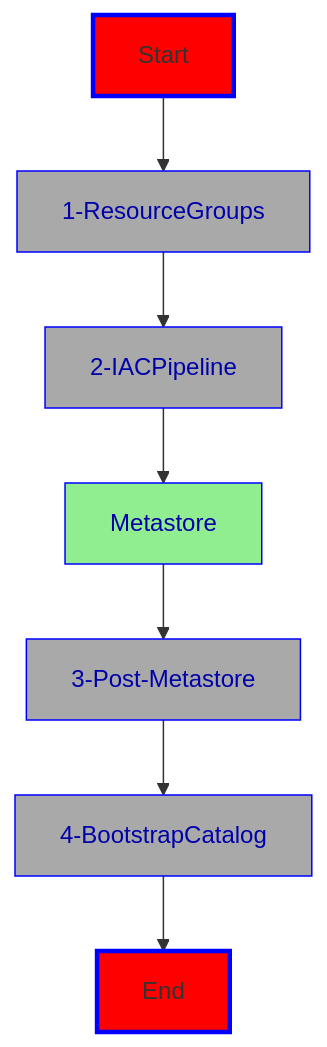
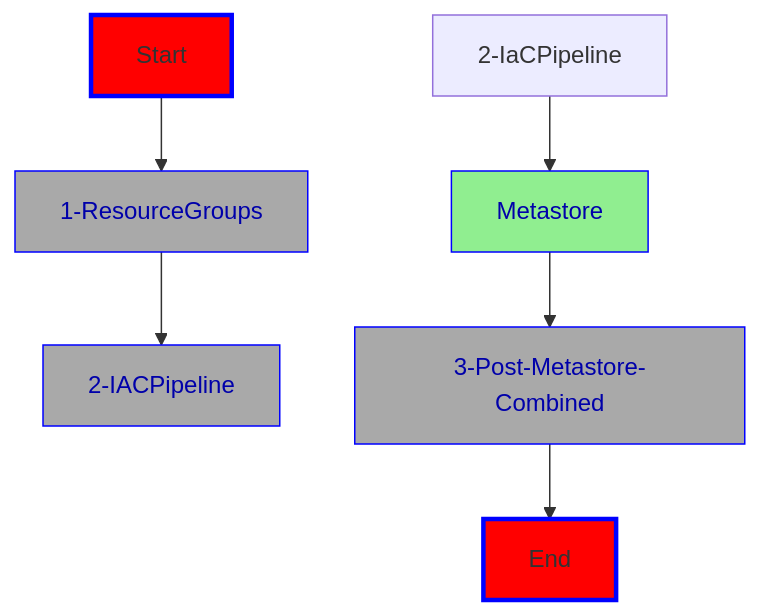
Before and after one commit to Azure/Databricks360: the diagram in iac-adb-360/README.md, drawn with Mermaid. The commit also changed other lines of this file and 1 other file, not shown here.

````diff
--- a/iac-adb-360/README.md
+++ b/iac-adb-360/README.md
@@ -74,17 +80,15 @@
 ```mermaid
 flowchart TD
 Start --> 1-ResourceGroups
 style Start fill:red,stroke:blue,stroke-width:3px,shadow:shadow
 1-ResourceGroups --> 2-IACPipeline
 style 1-ResourceGroups fill:darkgray,stroke:blue,stroke-witdth:3px,shadow:shadow,color:#0000aa
-2-IACPipeline --> Metastore
+2-IaCPipeline --> Metastore
 style 2-IACPipeline fill:darkgray,stroke:blue,stroke-witdth:3px,shadow:shadow,color:#0000aa
-Metastore --> 3-Post-Metastore
+Metastore --> 3-Post-Metastore-Combined
 style Metastore fill:lightgreen,stroke:blue,stroke-witdth:3px,shadow:shadow,color:#0000aa
-3-Post-Metastore --> 4-BootstrapCatalog
-style 3-Post-Metastore fill:darkgray,stroke:blue,stroke-witdth:3px,shadow:shadow,color:#0000aa
-4-BootstrapCatalog --> End
-style 4-BootstrapCatalog fill:darkgray,stroke:blue,stroke-witdth:3px,shadow:shadow,color:#0000aa
+3-Post-Metastore-Combined --> End
+style 3-Post-Metastore-Combined fill:darkgray,stroke:blue,stroke-witdth:3px,shadow:shadow,color:#0000aa
 style End fill:red,stroke:blue,stroke-width:3px,shadow:shadow
 
 ```
````
